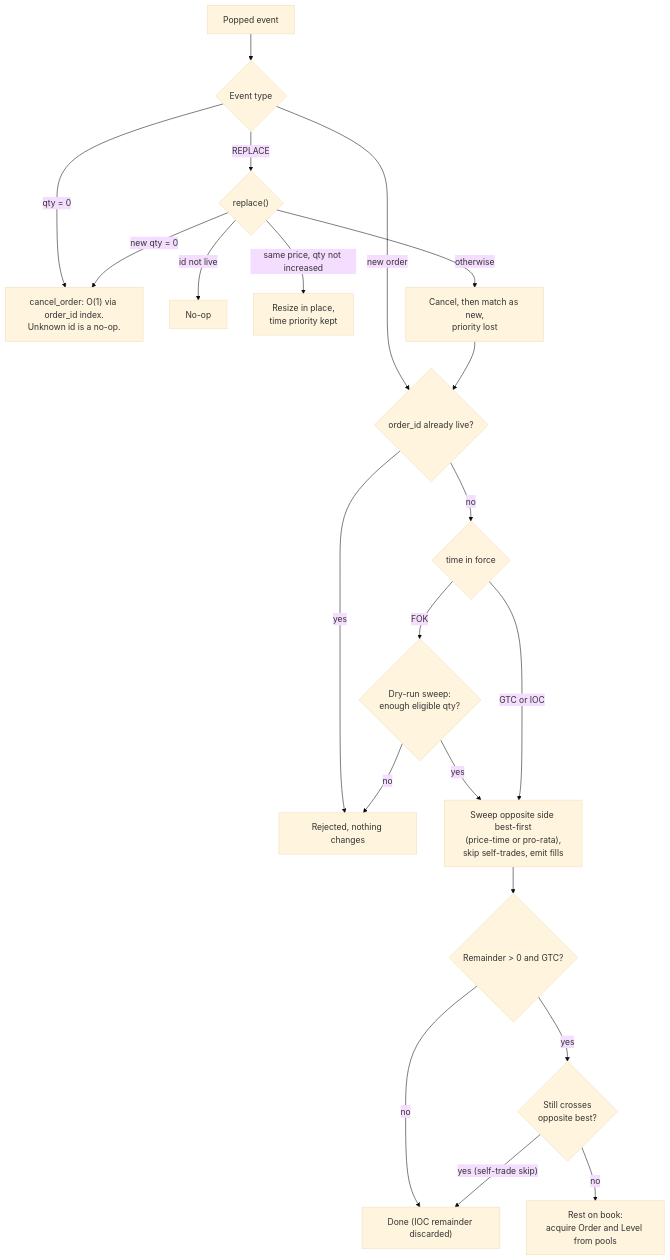
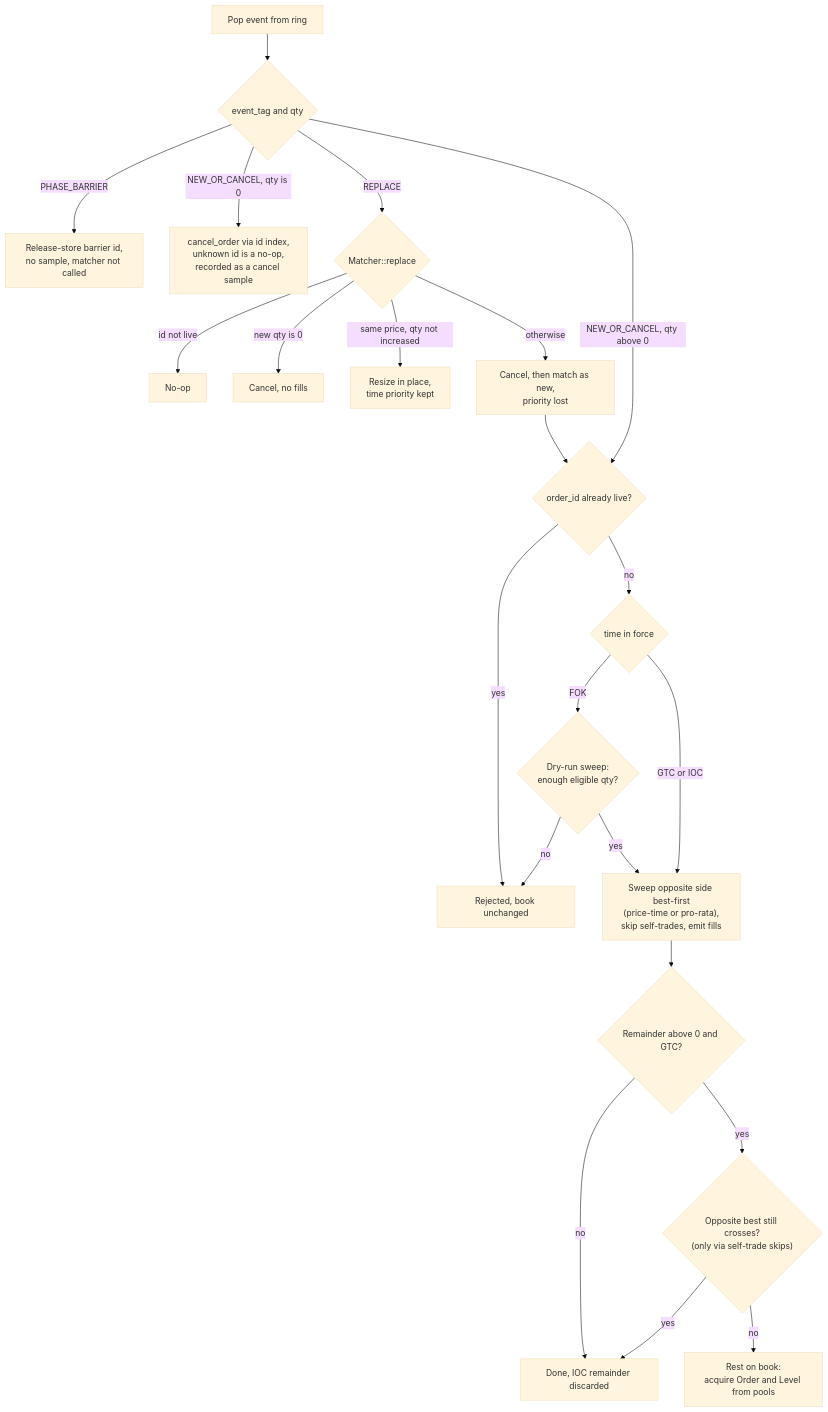
Before and after one commit to Shri2909/Blitz-Limit-Order-Book: the diagram in ARCHITECTURE.md, drawn with Mermaid (base theme). The commit also changed other lines of this file and 5 other files, not shown here.

````diff
--- a/ARCHITECTURE.md
+++ b/ARCHITECTURE.md
@@ -63,25 +60,26 @@
 ```mermaid
 flowchart TD
-    EV["Popped event"] --> T{"Event type"}
-    T -->|"qty = 0"| CAN["cancel_order: O(1) via order_id index.<br/>Unknown id is a no-op."]
-    T -->|"REPLACE"| RP{"replace()"}
-    T -->|"new order"| DUP{"order_id already live?"}
+    EV["Pop event from ring"] --> T{"event_tag and qty"}
+    T -->|"PHASE_BARRIER"| BAR["Release-store barrier id,<br/>no sample, matcher not called"]
+    T -->|"NEW_OR_CANCEL, qty is 0"| CAN["cancel_order via id index,<br/>unknown id is a no-op,<br/>recorded as a cancel sample"]
+    T -->|"REPLACE"| RP{"Matcher::replace"}
+    T -->|"NEW_OR_CANCEL, qty above 0"| DUP{"order_id already live?"}
 
     RP -->|"id not live"| NOP["No-op"]
-    RP -->|"new qty = 0"| CAN
+    RP -->|"new qty is 0"| CAN2["Cancel, no fills"]
     RP -->|"same price, qty not increased"| INP["Resize in place,<br/>time priority kept"]
     RP -->|"otherwise"| RSB["Cancel, then match as new,<br/>priority lost"]
     RSB --> DUP
 
-    DUP -->|"yes"| REJ["Rejected, nothing changes"]
+    DUP -->|"yes"| REJ["Rejected, book unchanged"]
     DUP -->|"no"| F{"time in force"}
     F -->|"FOK"| DRY{"Dry-run sweep:<br/>enough eligible qty?"}
     DRY -->|"no"| REJ
     DRY -->|"yes"| SW
     F -->|"GTC or IOC"| SW["Sweep opposite side best-first<br/>(price-time or pro-rata),<br/>skip self-trades, emit fills"]
-    SW --> REM{"Remainder > 0 and GTC?"}
-    REM -->|"no"| DONE["Done (IOC remainder discarded)"]
-    REM -->|"yes"| X{"Still crosses<br/>opposite best?"}
-    X -->|"yes (self-trade skip)"| DONE
+    SW --> REM{"Remainder above 0 and GTC?"}
+    REM -->|"no"| DONE["Done, IOC remainder discarded"]
+    REM -->|"yes"| X{"Opposite best still crosses?<br/>(only via self-trade skips)"}
+    X -->|"yes"| DONE
     X -->|"no"| REST["Rest on book:<br/>acquire Order and Level from pools"]
 ```
````
